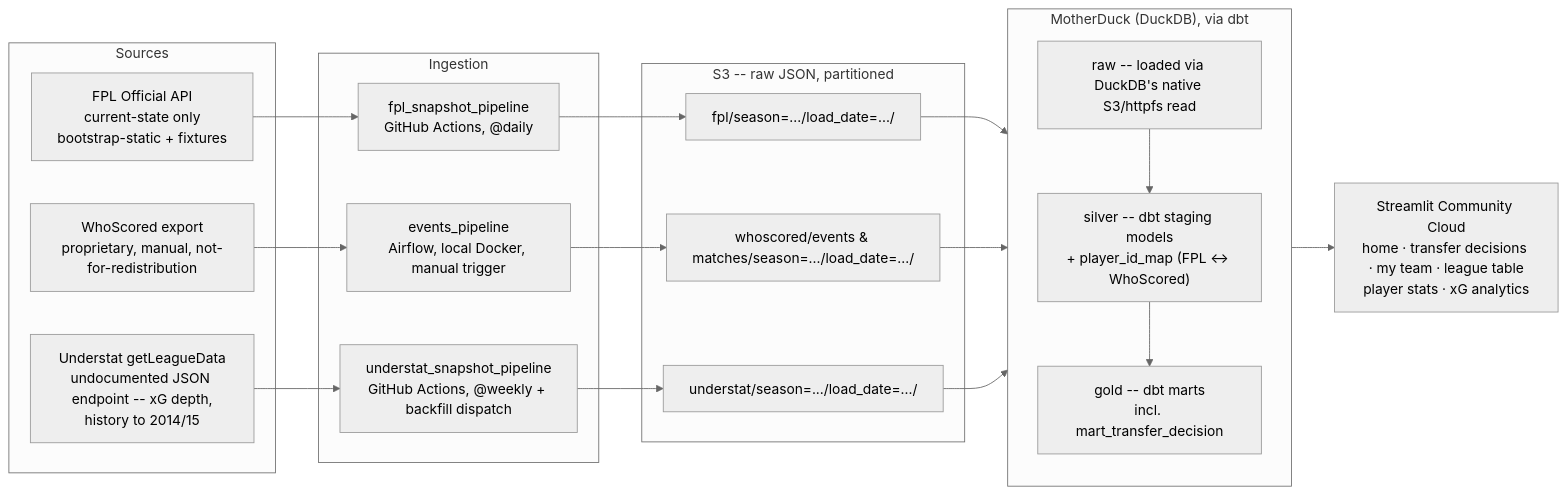
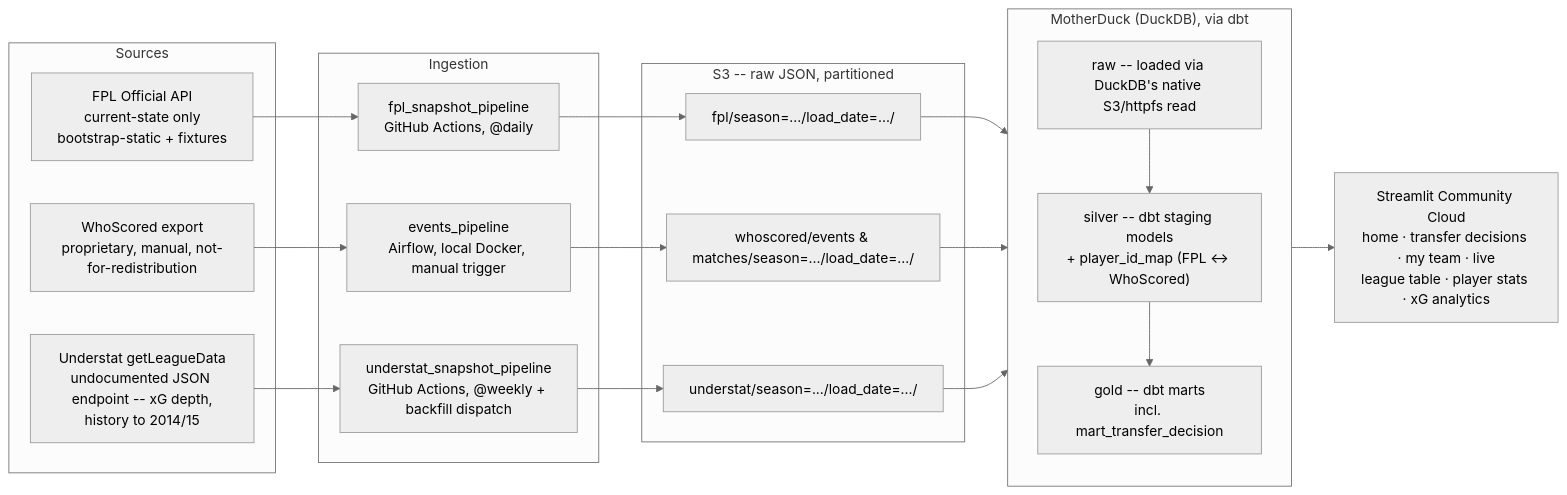
One commit to liban-osman/premier-league changed the diagram in docs/architecture.md. Above: the diagram before and after it, drawn with Mermaid (neutral theme). The commit also changed other lines of this file and 4 other files, not shown here.

````diff
--- a/docs/architecture.md
+++ b/docs/architecture.md
@@ -10,32 +10,32 @@
 ```mermaid
 flowchart LR
     subgraph Sources
         FPL["FPL Official API<br/>current-state only<br/>bootstrap-static + fixtures"]
         WS["WhoScored export<br/>proprietary, manual, not-for-redistribution"]
         US["Understat getLeagueData<br/>undocumented JSON endpoint -- xG depth,<br/>history to 2014/15"]
     end
 
     subgraph Ingestion["Ingestion"]
         FPL_TASK["fpl_snapshot_pipeline<br/>GitHub Actions, @daily"]
         WS_TASK["events_pipeline<br/>Airflow, local Docker, manual trigger"]
         US_TASK["understat_snapshot_pipeline<br/>GitHub Actions, @weekly + backfill dispatch"]
     end
 
     subgraph Landing["S3 -- raw JSON, partitioned"]
         S3_FPL["fpl/season=.../load_date=.../"]
         S3_WS["whoscored/events & matches/season=.../load_date=.../"]
         S3_US["understat/season=.../load_date=.../"]
     end
 
     subgraph Warehouse["MotherDuck (DuckDB), via dbt"]
         direction TB
         RAW["raw -- loaded via DuckDB's native S3/httpfs read"] --> SILVER["silver -- dbt staging models<br/>+ player_id_map (FPL <-> WhoScored)"] --> GOLD["gold -- dbt marts<br/>incl. mart_transfer_decision"]
     end
 
-    Consumption["Streamlit Community Cloud<br/>home · transfer decisions · my team · league table<br/>player stats · xG analytics"]
+    Consumption["Streamlit Community Cloud<br/>home · transfer decisions · my team · live<br/>league table · player stats · xG analytics"]
 
     FPL --> FPL_TASK --> S3_FPL --> RAW
     WS --> WS_TASK --> S3_WS --> RAW
     US --> US_TASK --> S3_US --> RAW
     GOLD --> Consumption
 ```
````
